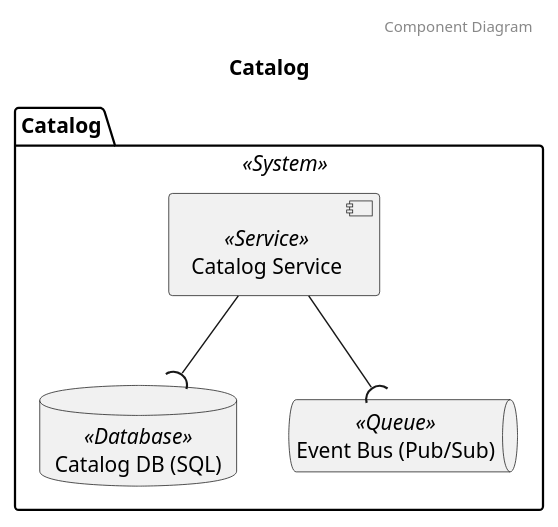
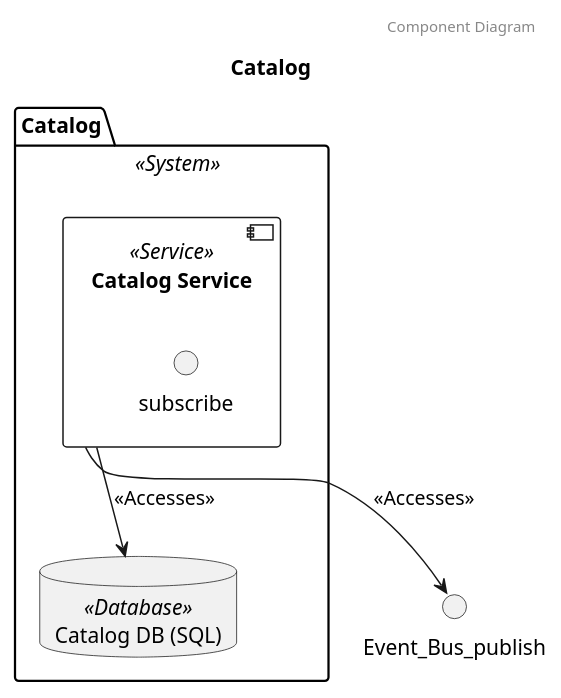
One commit to garrettsutula/example-trellis-project changed the third of 3 diagrams in diagrams/systems/Catalog.puml. Above: the diagram before and after it, drawn with PlantUML. The commit also changed other lines of this file and 29 other files, not shown here.

Commit message:
Update deps, diagram examples

```diff
--- a/diagrams/systems/Catalog.puml
+++ b/diagrams/systems/Catalog.puml
@@ -38,11 +41,12 @@
 @startuml Component Diagram Catalog
 header Component Diagram
 title Catalog
 package "Catalog" as Catalog_package <<System>>{
-	component "Catalog Service" as Catalog_Service <<Service>>
-	database "Catalog DB (SQL)" as Catalog_DB_SQL <<Database>>
-	queue "Event Bus (Pub/Sub)" as Event_Bus_Pub_Sub <<Queue>>
+	component "Catalog Service" as Catalog_Catalog_Service <<Service>> {
+		interface "subscribe" as subscribe
+	}
+	database "Catalog DB (SQL)" as Catalog_Catalog_DB_SQL <<Database>>
 }
-	Catalog_Service -down-( Catalog_DB_SQL
-	Catalog_Service -down-( Event_Bus_Pub_Sub
+	Catalog_Catalog_Service -down-> Catalog_Catalog_DB_SQL: <<Accesses>>
+	Catalog_Catalog_Service -down-> Event_Bus_publish: <<Accesses>>
 @enduml
```
